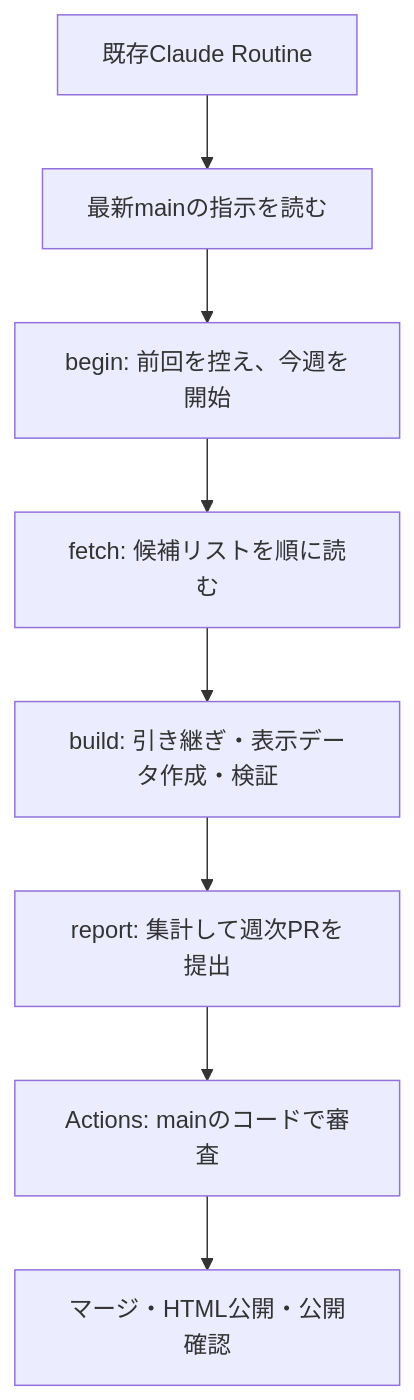
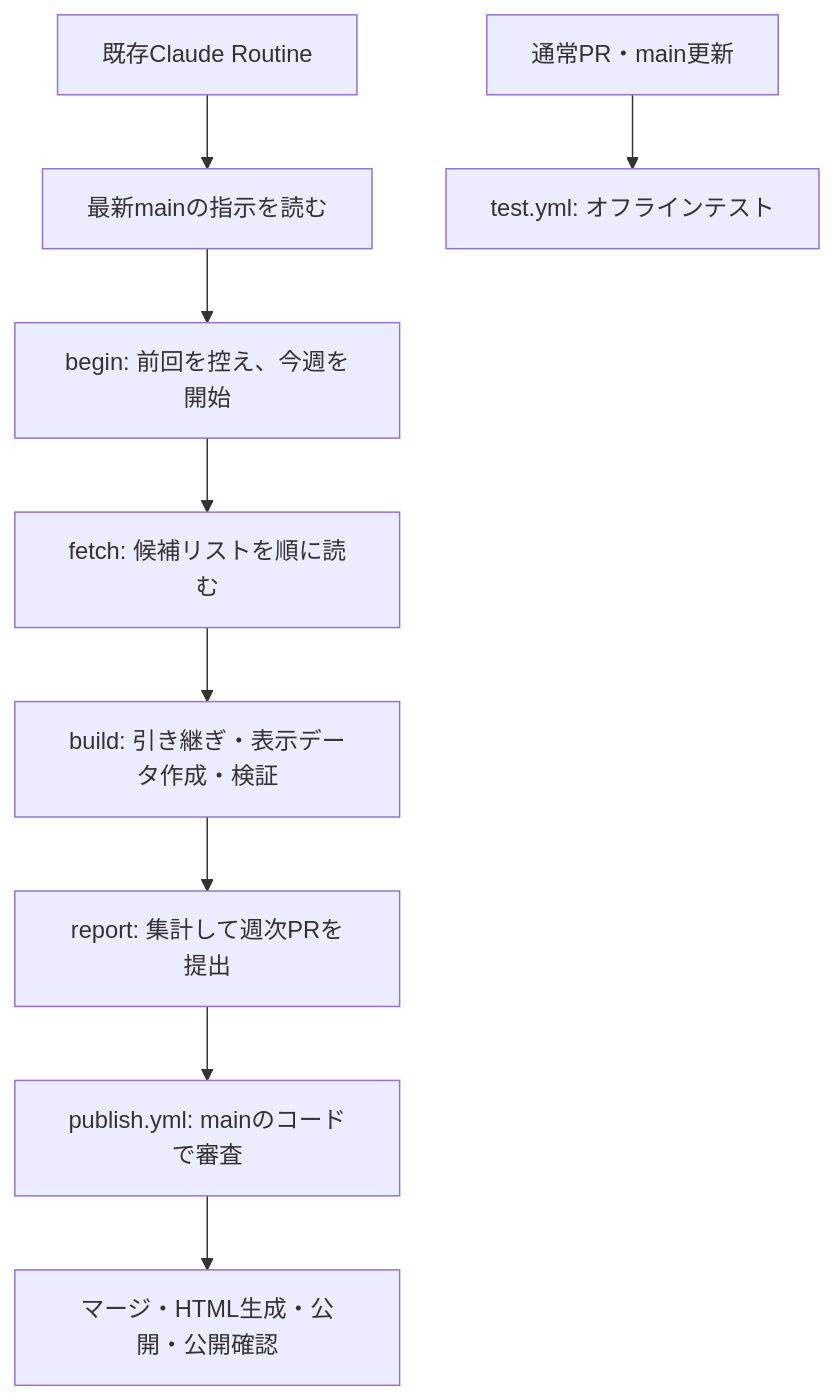
One commit to tsubasa0518/afternoon-tea changed the diagram in README.md. Above: the diagram before and after it, drawn with Mermaid. The commit also changed other lines of this file and 15 other files, not shown here.

````diff
--- a/README.md
+++ b/README.md
@@ -7,10 +7,11 @@
 ```mermaid
 flowchart TD
     A[既存Claude Routine] --> B[最新mainの指示を読む]
     B --> C[begin: 前回を控え、今週を開始]
     C --> D[fetch: 候補リストを順に読む]
     D --> E[build: 引き継ぎ・表示データ作成・検証]
     E --> F[report: 集計して週次PRを提出]
-    F --> G[Actions: mainのコードで審査]
-    G --> H[マージ・HTML公開・公開確認]
+    F --> G[publish.yml: mainのコードで審査]
+    G --> H[マージ・HTML生成・公開・公開確認]
+    I[通常PR・main更新] --> J[test.yml: オフラインテスト]
 ```
````
